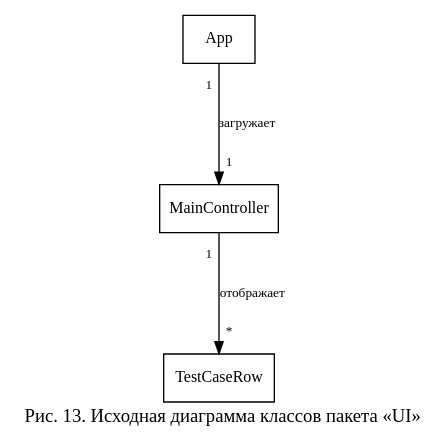
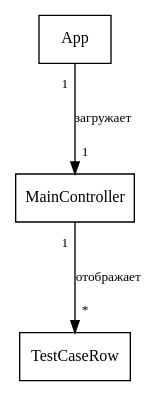
One commit to nastolbov/AutoTestGeneratorUpdate changed the diagram in diagrams/cls_ui_initial.dot. Above: the diagram before and after it, drawn with Graphviz. The commit also changed 54 other files, not shown here.

First line of the commit message:
diagrams: 18 ДПС + фикс детальных (shape=record) + MD по структуре диплома

```diff
--- a/diagrams/cls_ui_initial.dot
+++ b/diagrams/cls_ui_initial.dot
@@ -1,14 +1,13 @@
-digraph UII {
-    rankdir=TB; fontname="Liberation Serif"; fontsize=14;
-    label="Рис. 13. Исходная диаграмма классов пакета «UI»"; labelloc=b;
-    nodesep=0.9; ranksep=1.1;
+digraph cls_ui_initial {
+    rankdir=TB; fontname="Liberation Serif";
+    nodesep=0.7; ranksep=1.0;
     node [fontname="Liberation Serif", fontsize=12, shape=box, style=filled, fillcolor=white];
     edge [color=black, fontname="Liberation Serif", fontsize=10, labeldistance=1.8, arrowsize=0.9];
 
     App            [label="App"];
     MainController [label="MainController"];
     TestCaseRow    [label="TestCaseRow"];
+    App -> MainController [label="загружает", taillabel="1", headlabel="1"];
+    MainController -> TestCaseRow [label="отображает", taillabel="1", headlabel="*"];
 
-    App -> MainController            [label="загружает", taillabel="1", headlabel="1"];
-    MainController -> TestCaseRow    [label="отображает",  taillabel="1", headlabel="*"];
 }
```
